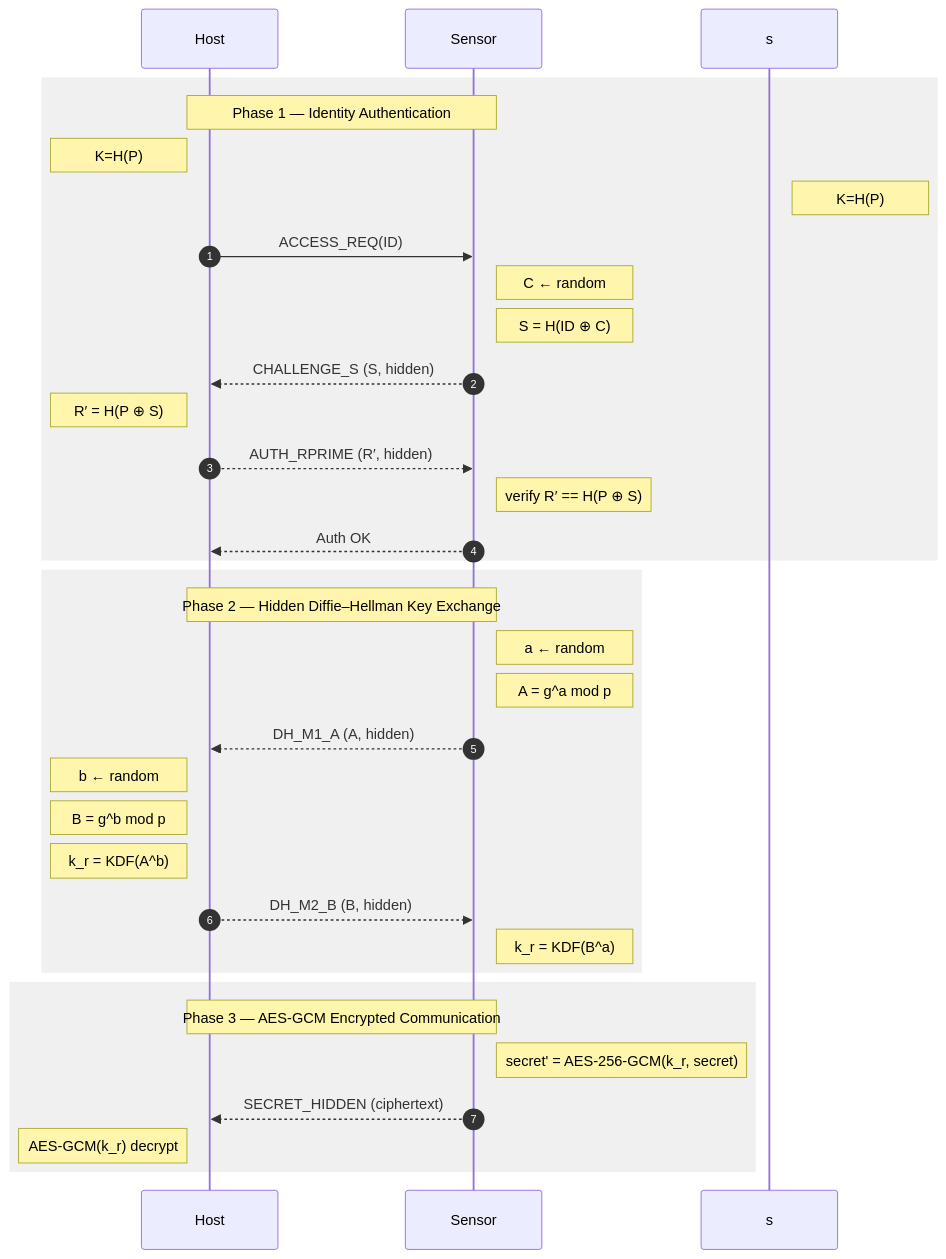
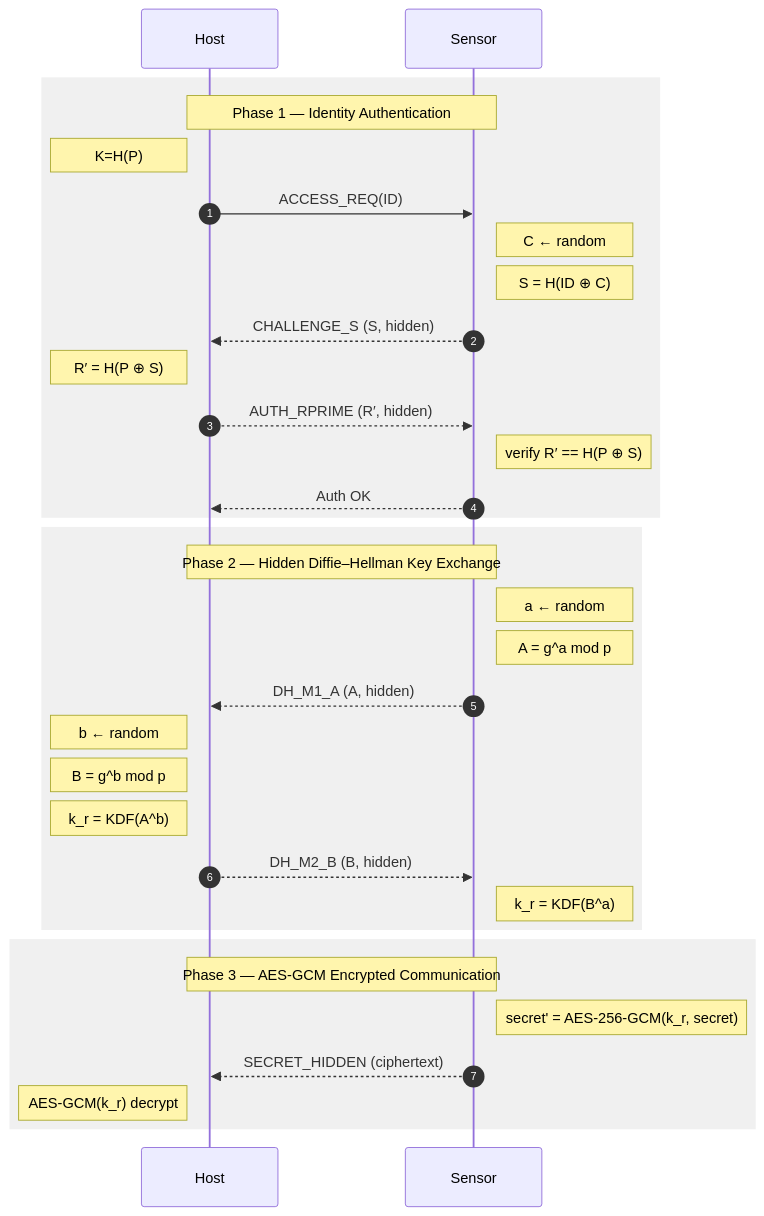
One commit to TracerWWW/iodraw-files changed the diagram in all/KR.md. Above: the diagram before and after it, drawn with Mermaid.

Commit message:
2026-02-06 00:38:58 update

````diff
--- a/all/KR.md
+++ b/all/KR.md
@@ -1,63 +1,63 @@
 ```mermaid
 sequenceDiagram
     autonumber
     participant Host
     participant Sensor
 
     %% =========================
     %% Phase 1: Identity Authentication
     %% =========================
     rect rgb(240,240,240)
     Note over Host,Sensor: Phase 1 — Identity Authentication
 
     Note left of Host: K=H(P)
-    Note right of s: K=H(P)
+   
 
     Host->>Sensor: ACCESS_REQ(ID)
 
     Note right of Sensor: C ← random
     Note right of Sensor: S = H(ID ⊕ C)
 
     Sensor-->>Host: CHALLENGE_S (S, hidden)
 
     Note left of Host: R′ = H(P ⊕ S)
 
     Host-->>Sensor: AUTH_RPRIME (R′, hidden)
 
     Note right of Sensor: verify R′ == H(P ⊕ S)
     Sensor-->>Host: Auth OK
     end
 
     %% =========================
     %% Phase 2: DH Key Exchange
     %% =========================
     rect rgb(240,240,240)
     Note over Host,Sensor: Phase 2 — Hidden Diffie–Hellman Key Exchange
 
     Note right of Sensor: a ← random
     Note right of Sensor: A = g^a mod p
 
     Sensor-->>Host: DH_M1_A (A, hidden)
 
     Note left of Host: b ← random
     Note left of Host: B = g^b mod p
     Note left of Host: k_r = KDF(A^b)
 
     Host-->>Sensor: DH_M2_B (B, hidden)
 
     Note right of Sensor: k_r = KDF(B^a)
     end
 
     %% =========================
     %% Phase 3: Secure Communication
     %% =========================
     rect rgb(240,240,240)
     Note over Host,Sensor: Phase 3 — AES-GCM Encrypted Communication
 
     Note right of Sensor: secret' = AES-256-GCM(k_r, secret)
 
     Sensor-->>Host: SECRET_HIDDEN (ciphertext)
 
     Note left of Host: AES-GCM(k_r) decrypt
     end
 ```
````
